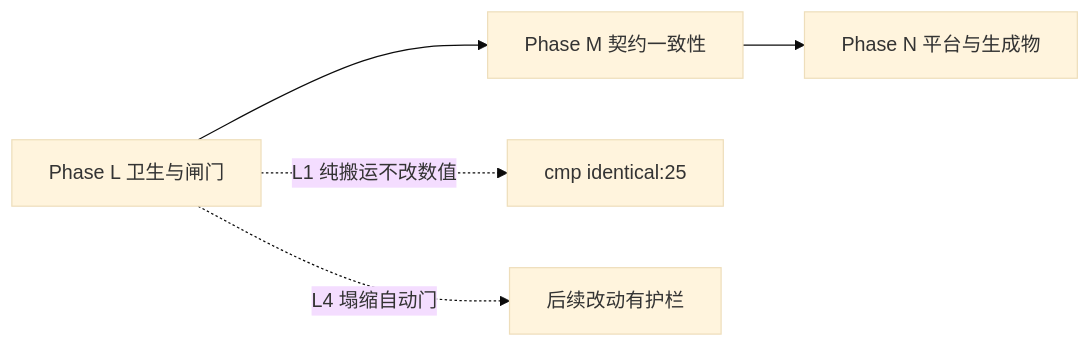
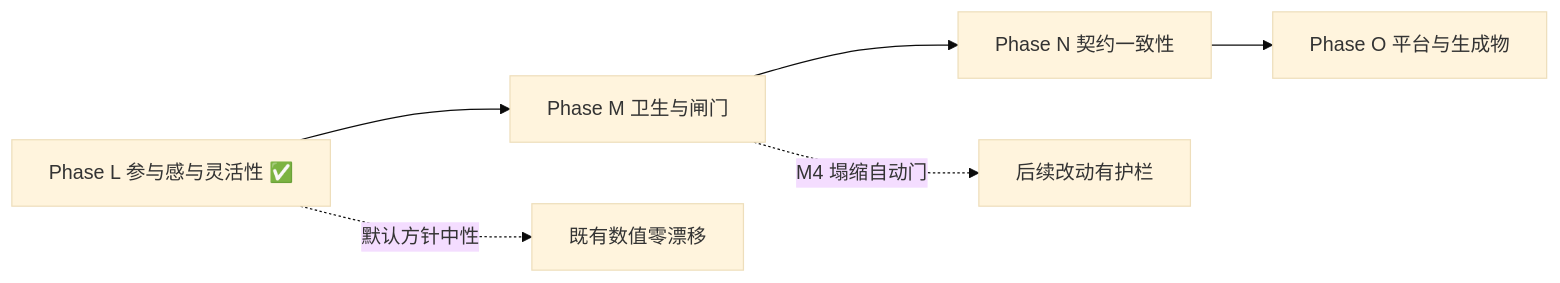
Before and after one commit to reney-0202/a-simple-world-map: the diagram in docs/ROADMAP.md, drawn with Mermaid (base theme). The commit also changed other lines of this file and 9 other files, not shown here.

````diff
--- a/docs/ROADMAP.md
+++ b/docs/ROADMAP.md
@@ -124,7 +165,8 @@
 ```mermaid
 graph LR
-  L[Phase L 卫生与闸门] --> M[Phase M 契约一致性]
-  M --> N[Phase N 平台与生成物]
-  L -.->|L1 纯搬运不改数值| B1[cmp identical:25]
-  L -.->|L4 塌缩自动门| B2[后续改动有护栏]
+  L[Phase L 参与感与灵活性 ✅] --> M[Phase M 卫生与闸门]
+  M --> N[Phase N 契约一致性]
+  N --> O[Phase O 平台与生成物]
+  L -.->|默认方针中性| B1[既有数值零漂移]
+  M -.->|M4 塌缩自动门| B2[后续改动有护栏]
 ```
````
